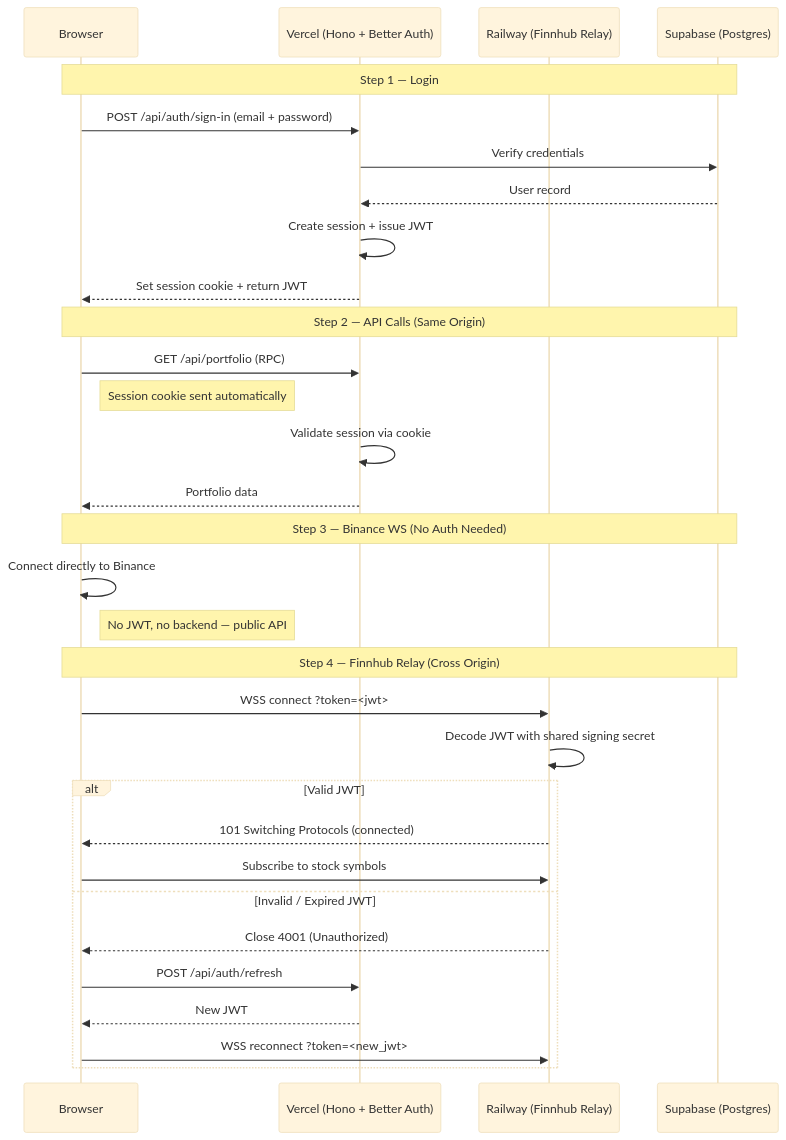
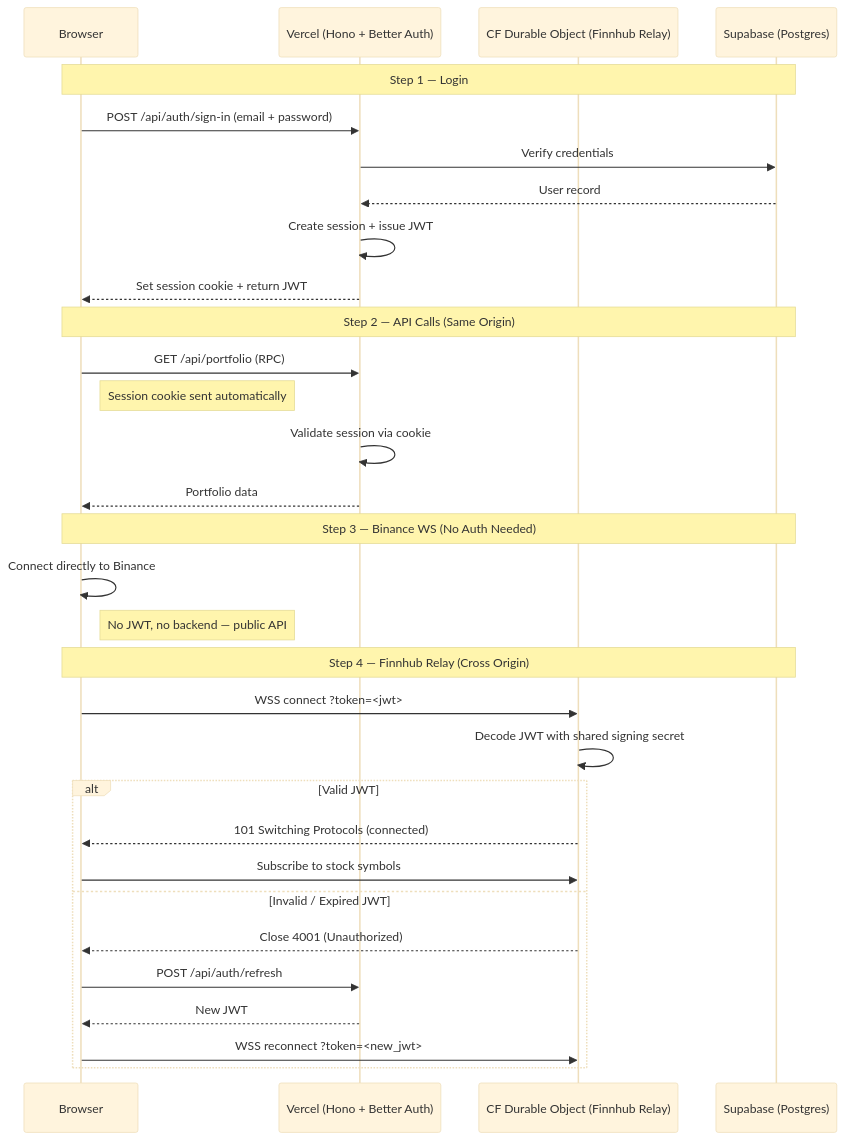
Before and after one commit to patrickmvla/owl: the sixth of 14 diagrams in docs/adrs/002-system-architecture.md, drawn with Mermaid (base theme). The commit also changed other lines of this file and 1 other file, not shown here.

First line of the commit message:
docs: select Cloudflare Durable Objects for Finnhub relay

````diff
--- a/docs/adrs/002-system-architecture.md
+++ b/docs/adrs/002-system-architecture.md
@@ -269,37 +271,37 @@
 ```mermaid
 sequenceDiagram
     participant B as Browser
     participant V as Vercel (Hono + Better Auth)
-    participant R as Railway (Finnhub Relay)
+    participant R as CF Durable Object (Finnhub Relay)
     participant DB as Supabase (Postgres)
 
     Note over B,DB: Step 1 — Login
     B->>V: POST /api/auth/sign-in (email + password)
     V->>DB: Verify credentials
     DB-->>V: User record
     V->>V: Create session + issue JWT
     V-->>B: Set session cookie + return JWT
 
     Note over B,DB: Step 2 — API Calls (Same Origin)
     B->>V: GET /api/portfolio (RPC)
     Note right of B: Session cookie sent automatically
     V->>V: Validate session via cookie
     V-->>B: Portfolio data
 
     Note over B,DB: Step 3 — Binance WS (No Auth Needed)
     B->>B: Connect directly to Binance
     Note right of B: No JWT, no backend — public API
 
     Note over B,DB: Step 4 — Finnhub Relay (Cross Origin)
     B->>R: WSS connect ?token=<jwt>
     R->>R: Decode JWT with shared signing secret
     alt Valid JWT
         R-->>B: 101 Switching Protocols (connected)
         B->>R: Subscribe to stock symbols
     else Invalid / Expired JWT
         R-->>B: Close 4001 (Unauthorized)
         B->>V: POST /api/auth/refresh
         V-->>B: New JWT
         B->>R: WSS reconnect ?token=<new_jwt>
     end
 ```
````
